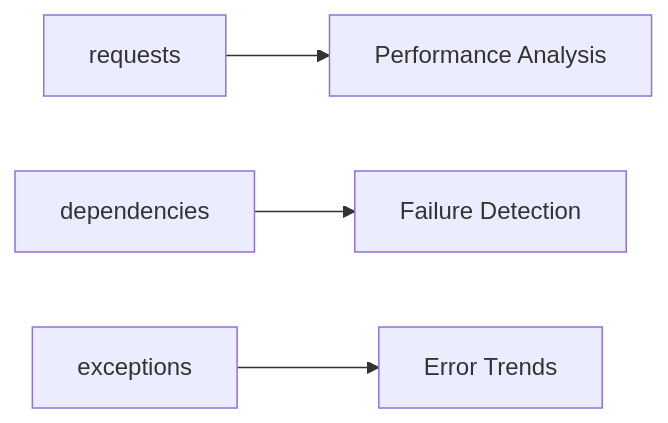
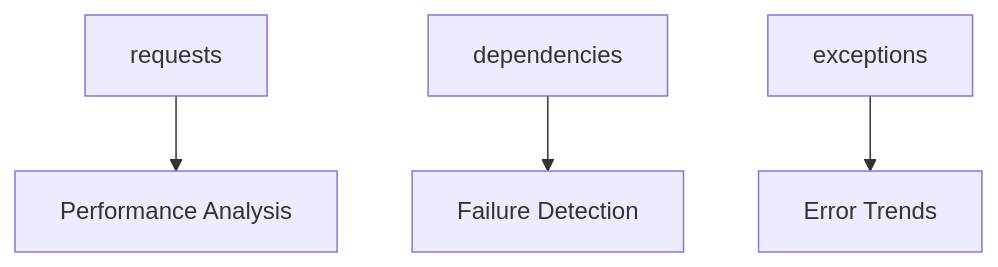
Before and after one commit to yeongseon/azure-monitoring-practical-guide: the diagram in docs/troubleshooting/kql/app-insights/index.md, drawn with Mermaid. The commit also changed 43 other files, not shown here.

First line of the commit message:
docs: convert LR diagrams to TD for readability and add orientation rule

````diff
--- a/docs/troubleshooting/kql/app-insights/index.md
+++ b/docs/troubleshooting/kql/app-insights/index.md
@@ -17,6 +17,6 @@
 ```mermaid
-graph LR
+graph TD
     A[requests] --> B[Performance Analysis]
     C[dependencies] --> D[Failure Detection]
     E[exceptions] --> F[Error Trends]
 ```
````
